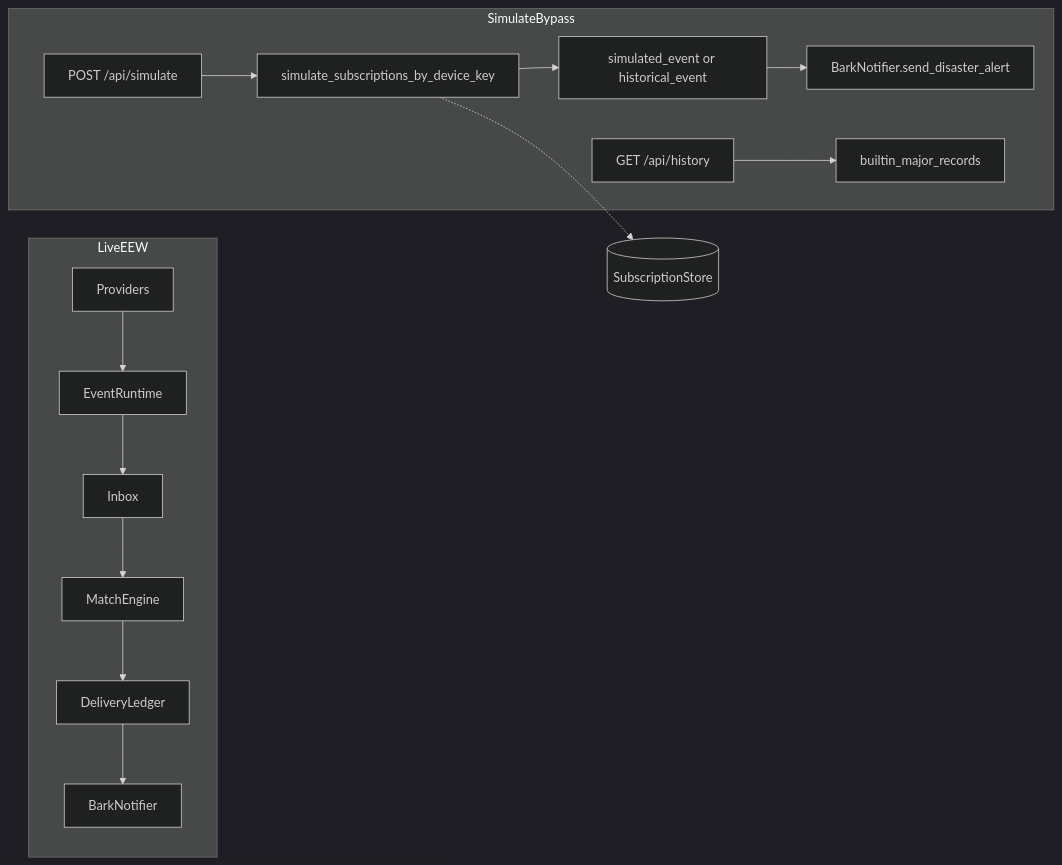
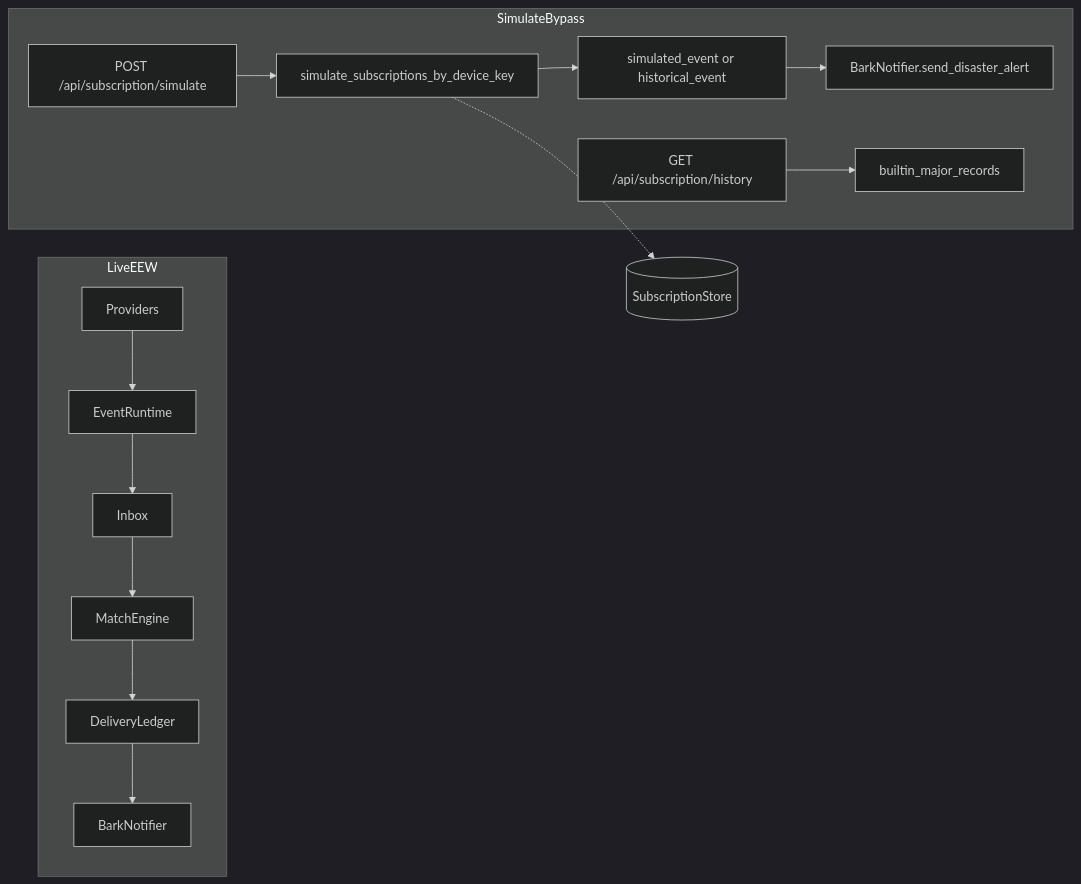
The diagram in docs/simulate.md (luyi2008/disaster-alert), drawn with Mermaid (dark theme) before and after one commit. The commit also changed other lines of this file and 12 other files, not shown here.

First line of the commit message:
统一 API 路径前缀为 /api/subscription/*

````diff
--- a/docs/simulate.md
+++ b/docs/simulate.md
@@ -30,17 +30,17 @@
 ```mermaid
 flowchart LR
   subgraph live [LiveEEW]
     Providers --> EventRuntime
     EventRuntime --> Inbox
     Inbox --> MatchEngine
     MatchEngine --> DeliveryLedger
     DeliveryLedger --> BarkLive[BarkNotifier]
   end
   subgraph bypass [SimulateBypass]
-    SimulatePost["POST /api/simulate"] --> Lookup
+    SimulatePost["POST /api/subscription/simulate"] --> Lookup
     Lookup["simulate_subscriptions_by_device_key"] --> Synth["simulated_event or historical_event"]
     Synth --> SendOne["BarkNotifier.send_disaster_alert"]
-    HistoryGet["GET /api/history"] --> Catalog["builtin_major_records"]
+    HistoryGet["GET /api/subscription/history"] --> Catalog["builtin_major_records"]
   end
   Lookup -.-> Storage[(SubscriptionStore)]
 ```
````
